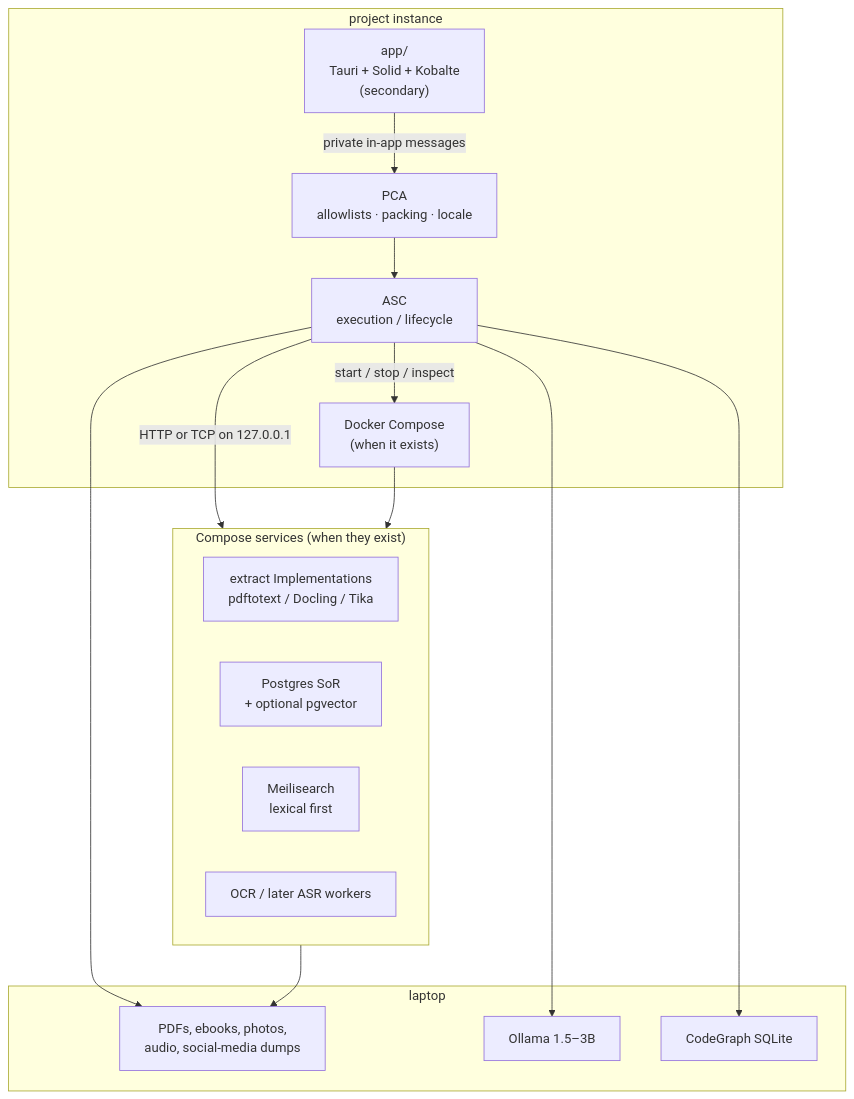
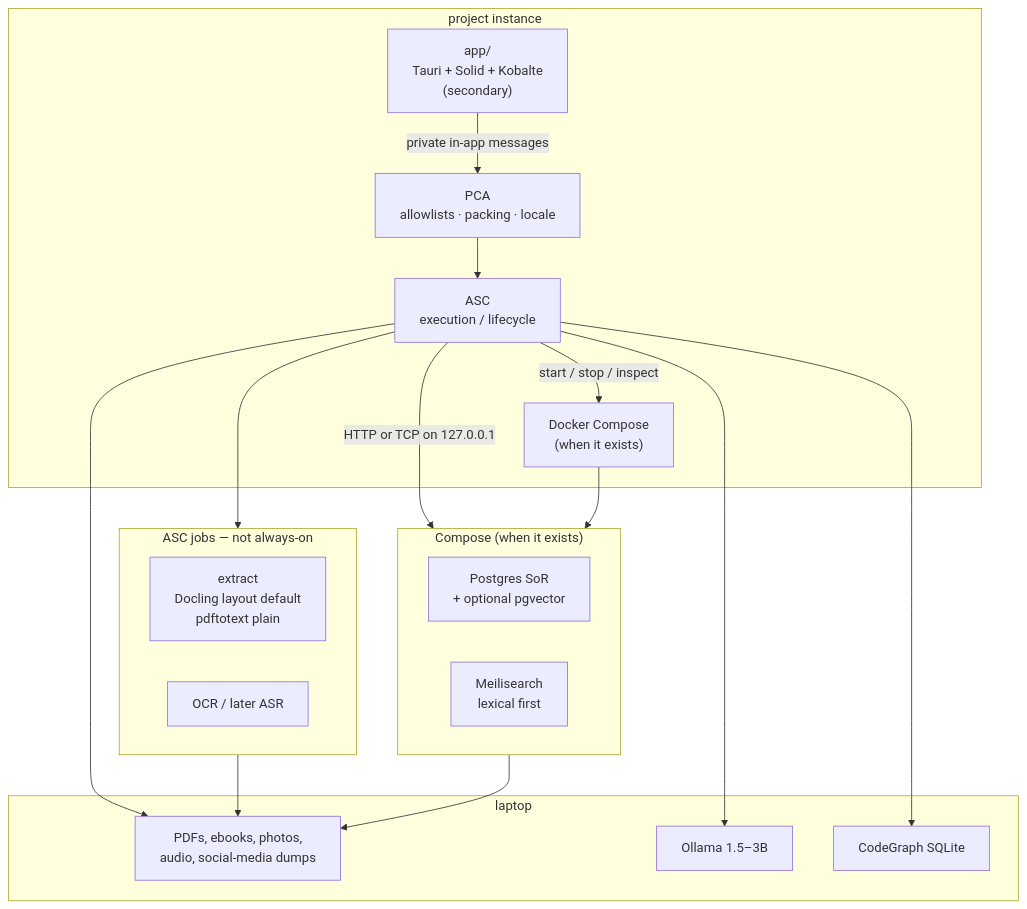
One commit to Paulmicha/projet-complexe-asc changed the first of 8 diagrams in data/ideas/2026/08/17-local-dev-stack-architecture.md. Above: the diagram before and after it, drawn with Mermaid. The commit also changed other lines of this file and 3 other files, not shown here.

Commit message:
Update data/ideas/2026/08/17-local-dev-stack-architecture.md + add data/ideas/2026/08/30-ocr-notes.md

````diff
--- a/data/ideas/2026/08/17-local-dev-stack-architecture.md
+++ b/data/ideas/2026/08/17-local-dev-stack-architecture.md
@@ -61,32 +62,37 @@
 ```mermaid
 flowchart TB
   subgraph instance["project instance"]
     APP["app/<br/>Tauri + Solid + Kobalte<br/>(secondary)"]
     PCA["PCA<br/>allowlists · packing · locale"]
     ASC["ASC<br/>execution / lifecycle"]
     COMPOSE["Docker Compose<br/>(when it exists)"]
   end
 
   subgraph host["laptop"]
     FS["PDFs, ebooks, photos,<br/>audio, social-media dumps"]
     OLLAMA["Ollama 1.5–3B"]
     CG["CodeGraph SQLite"]
   end
 
-  subgraph engines["Compose services (when they exist)"]
-    EXTRACT["extract Implementations<br/>pdftotext / Docling / Tika"]
+  subgraph engines["Compose (when it exists)"]
     PG["Postgres SoR<br/>+ optional pgvector"]
     MEILI["Meilisearch<br/>lexical first"]
-    OCR["OCR / later ASR workers"]
+  end
+
+  subgraph jobs["ASC jobs — not always-on"]
+    EXTRACT["extract<br/>Docling layout default<br/>pdftotext plain"]
+    OCR["OCR / later ASR"]
   end
 
   APP -->|"private in-app messages"| PCA
   PCA --> ASC
   ASC -->|"start / stop / inspect"| COMPOSE
   ASC -->|"HTTP or TCP on 127.0.0.1"| engines
   COMPOSE --> engines
+  ASC --> jobs
   ASC --> FS
+  jobs --> FS
   engines --> FS
   ASC --> OLLAMA
   ASC --> CG
 ```
````
